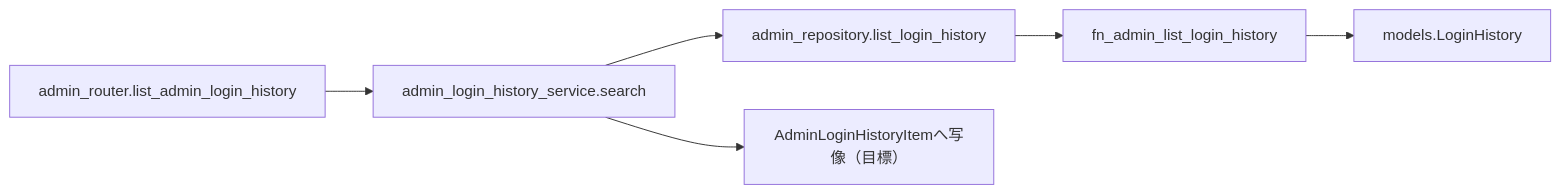
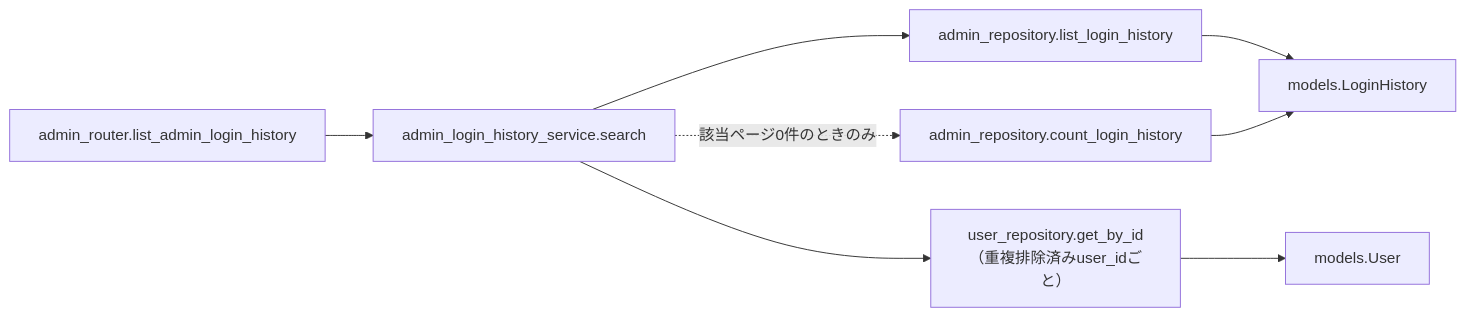
Before and after one commit to oikawa-d/task_management: the third of 4 diagrams in docs/detailed_design/api/admin/07_get_admin_login_history.md, drawn with Mermaid. The commit also changed other lines of this file and 28 other files, not shown here.

````diff
--- a/docs/detailed_design/api/admin/07_get_admin_login_history.md
+++ b/docs/detailed_design/api/admin/07_get_admin_login_history.md
@@ -188,8 +212,10 @@
 ```mermaid
 flowchart LR
     R["admin_router.list_admin_login_history"] --> S["admin_login_history_service.search"]
-    S --> ARP["admin_repository.list_login_history"]
-    ARP --> FN["fn_admin_list_login_history"]
-    FN --> M1["models.LoginHistory"]
-    S --> DTO["AdminLoginHistoryItemへ写像（目標）"]
+    S --> LRP1["admin_repository.list_login_history"]
+    S -.->|"該当ページ0件のときのみ"| LRP2["admin_repository.count_login_history"]
+    S --> URP["user_repository.get_by_id（重複排除済みuser_idごと）"]
+    LRP1 --> M1["models.LoginHistory"]
+    LRP2 --> M1
+    URP --> M2["models.User"]
 ```
````
